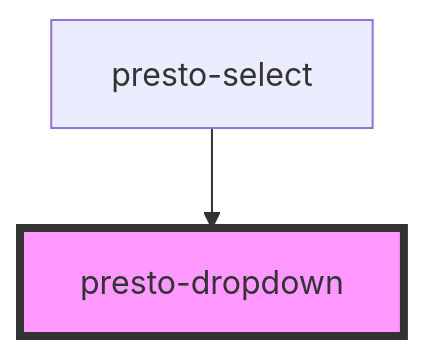
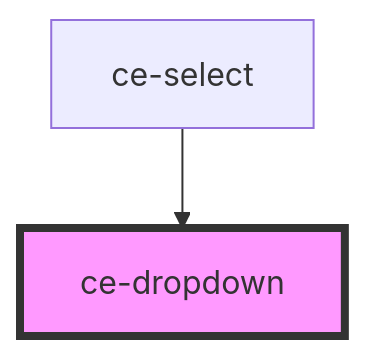
Before and after one commit to surecart/surecart-wp-plugin: the diagram in packages/components/docs/components/ui/dropdown/readme.md, drawn with Mermaid. The commit also changed other lines of this file and 292 other files, not shown here.

````diff
--- a/packages/components/docs/components/ui/dropdown/readme.md
+++ b/packages/components/docs/components/ui/dropdown/readme.md
@@ -41,5 +39,5 @@
 ```mermaid
 graph TD;
-  presto-select --> presto-dropdown
-  style presto-dropdown fill:#f9f,stroke:#333,stroke-width:4px
+  ce-select --> ce-dropdown
+  style ce-dropdown fill:#f9f,stroke:#333,stroke-width:4px
 ```
````
